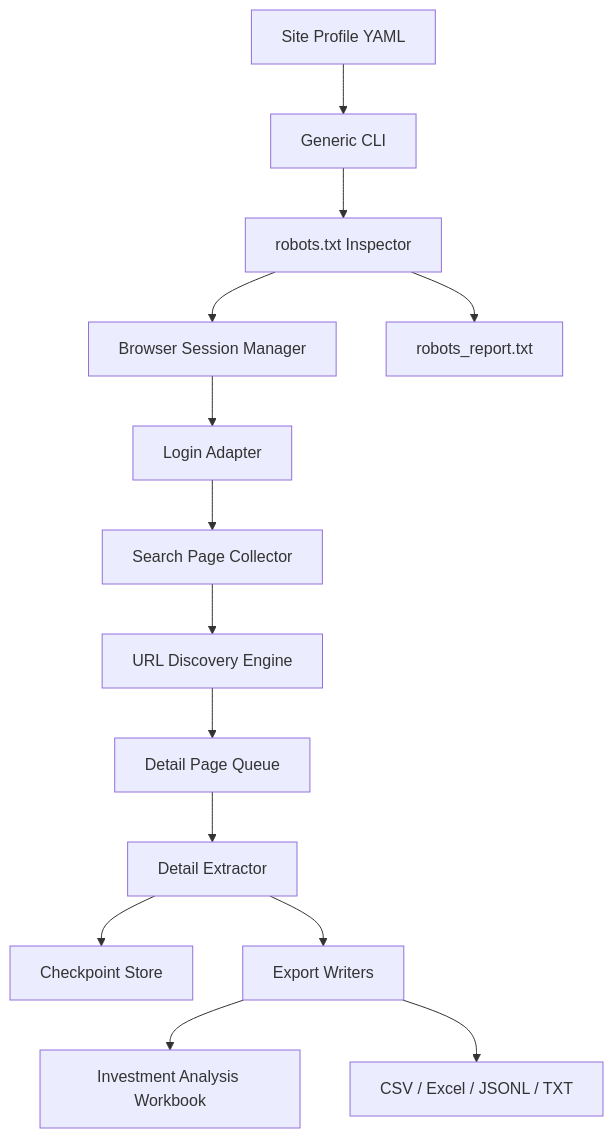
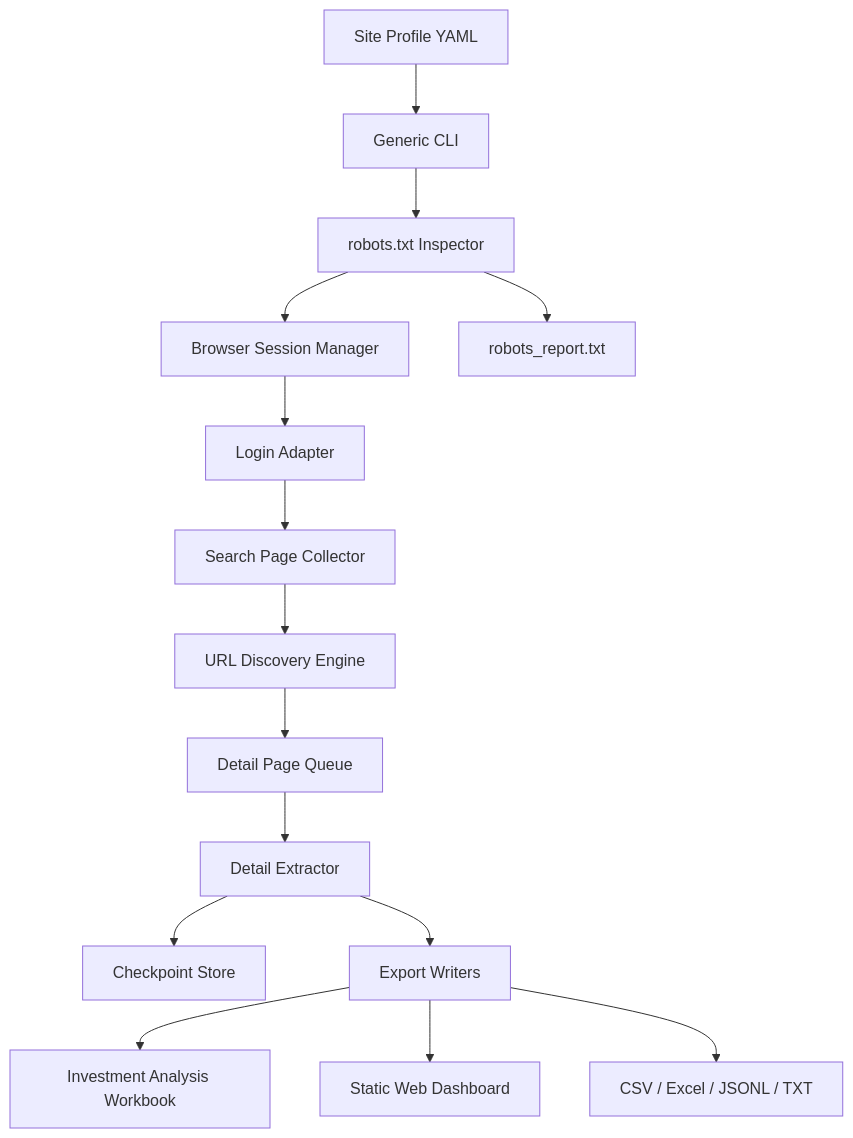
One commit to univcorp2-ctrl/authorized-web-data-exporter changed the diagram in README.md. Above: the diagram before and after it, drawn with Mermaid. The commit also changed other lines of this file, not shown here.

Commit message:
Document static investment analysis dashboard

````diff
--- a/README.md
+++ b/README.md
@@ -88,16 +108,17 @@
 ```mermaid
 flowchart TD
     A[Site Profile YAML] --> B[Generic CLI]
     B --> R[robots.txt Inspector]
     R --> C[Browser Session Manager]
     C --> D[Login Adapter]
     D --> E[Search Page Collector]
     E --> F[URL Discovery Engine]
     F --> G[Detail Page Queue]
     G --> H[Detail Extractor]
     H --> I[Checkpoint Store]
     H --> J[Export Writers]
     J --> K[Investment Analysis Workbook]
+    J --> W[Static Web Dashboard]
     J --> L[CSV / Excel / JSONL / TXT]
     R --> M[robots_report.txt]
 ```
````
